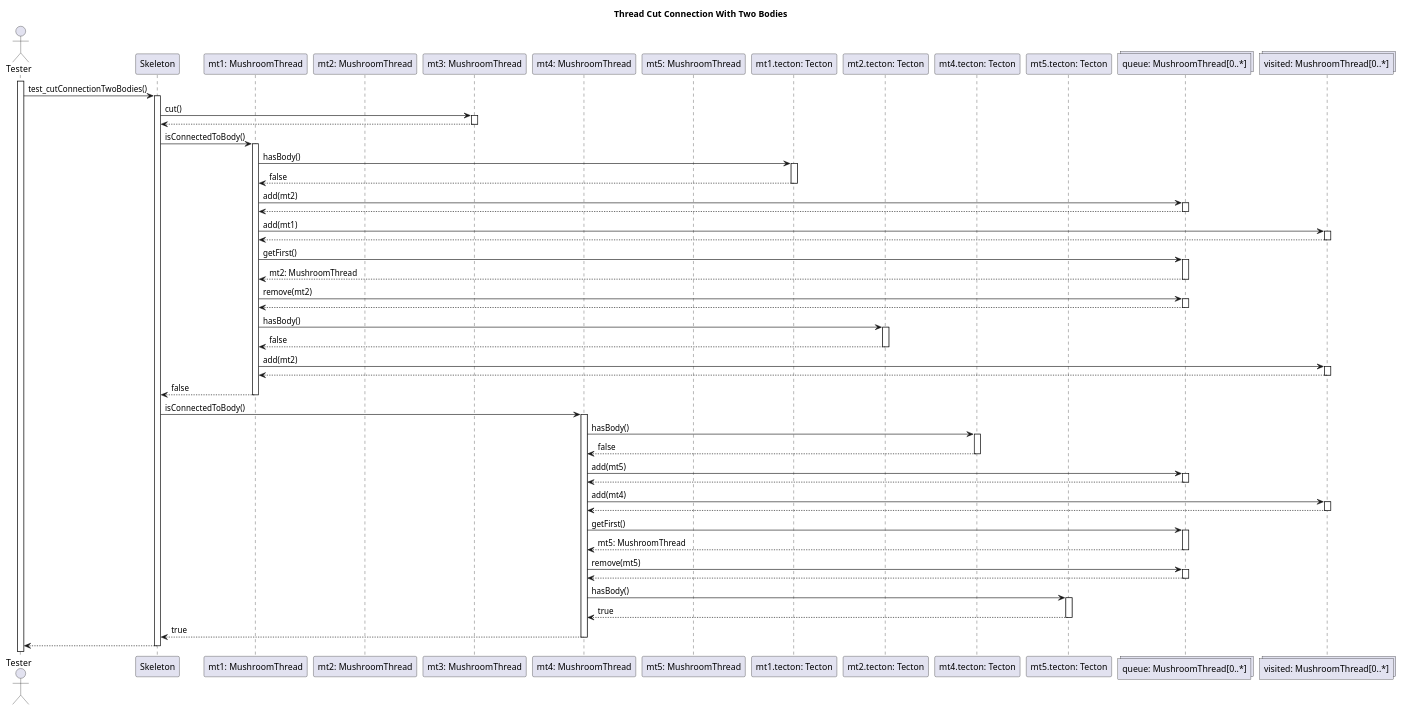
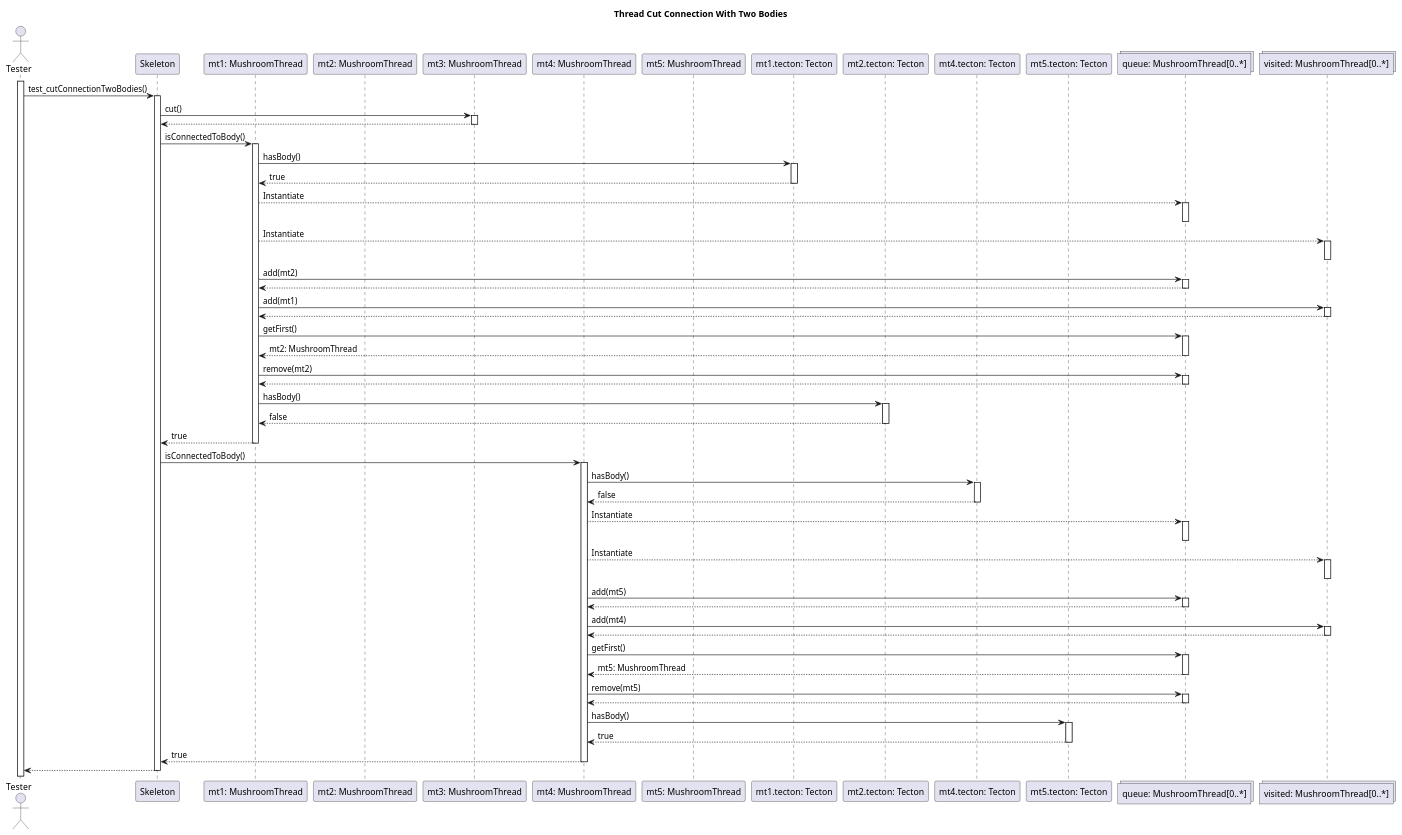
One commit to dzsem/projlab changed the diagram in diagrams/test-sequence/mushroom/threadCutConnectionTwoBodies.wsd. Above: the diagram before and after it, drawn with PlantUML. The commit also changed 1 other file, not shown here.

```diff
--- a/diagrams/test-sequence/mushroom/threadCutConnectionTwoBodies.wsd
+++ b/diagrams/test-sequence/mushroom/threadCutConnectionTwoBodies.wsd
@@ -1,116 +1,127 @@
 @startuml  Cut Connection With Two Bodies
 
 title Thread Cut Connection With Two Bodies
 
 actor "Tester" as tester
 participant "Skeleton" as skeleton
 
 participant "mt1: MushroomThread" as mt1
 participant "mt2: MushroomThread" as mt2
 participant "mt3: MushroomThread" as mt3
 participant "mt4: MushroomThread" as mt4
 participant "mt5: MushroomThread" as mt5
 
 participant "mt1.tecton: Tecton" as t1
 participant "mt2.tecton: Tecton" as t2
 participant "mt4.tecton: Tecton" as t4
 participant "mt5.tecton: Tecton" as t5
 
 collections "queue: MushroomThread[0..*]" as q
 collections "visited: MushroomThread[0..*]" as visited
 
 activate tester
 
 tester -> skeleton: test_cutConnectionTwoBodies()
 activate skeleton
 
 ' CUT
 skeleton -> mt3: cut()
 activate mt3
 mt3 --> skeleton
 deactivate mt3
 
 ' MT 1
 skeleton -> mt1: isConnectedToBody()
 activate mt1
 
 mt1 -> t1: hasBody()
 activate t1
-t1 --> mt1: false
+t1 --> mt1: true
 deactivate t1
+
+mt1 --> q: Instantiate
+activate q 
+deactivate q 
+
+mt1 --> visited: Instantiate
+activate visited 
+deactivate visited 
 
 mt1 -> q: add(mt2)
 activate q
 q --> mt1
 deactivate q
 
 mt1 -> visited: add(mt1)
 activate visited
 visited --> mt1
 deactivate visited
 
 mt1 -> q: getFirst()
 activate q
 q --> mt1: mt2: MushroomThread
 deactivate q
 
 mt1 -> q: remove(mt2)
 activate q
 q --> mt1
 deactivate q
 
 mt1 -> t2: hasBody()
 activate t2
 t2 --> mt1: false
 deactivate t2
 
-mt1 -> visited: add(mt2)
-activate visited
-visited --> mt1
-deactivate visited
-
-mt1 --> skeleton: false
+mt1 --> skeleton: true
 deactivate mt1
 
 ' MT 4
 
 skeleton -> mt4: isConnectedToBody()
 activate mt4
 
 mt4 -> t4: hasBody()
 activate t4
 t4 --> mt4: false
 deactivate t4
+
+mt4 --> q: Instantiate
+activate q 
+deactivate q 
+
+mt4 --> visited: Instantiate
+activate visited 
+deactivate visited 
 
 mt4 -> q: add(mt5)
 activate q
 q --> mt4
 deactivate q
 
 mt4 -> visited: add(mt4)
 activate visited
 visited --> mt4
 deactivate visited
 
 mt4 -> q: getFirst()
 activate q
 q --> mt4: mt5: MushroomThread
 deactivate q
 
 mt4 -> q: remove(mt5)
 activate q
 q --> mt4
 deactivate q
 
 mt4 -> t5: hasBody()
 activate t5
 t5 --> mt4: true
 deactivate t5
 
 mt4 --> skeleton: true
 deactivate mt4
 
 skeleton --> tester
 deactivate skeleton
 
 @enduml
```
